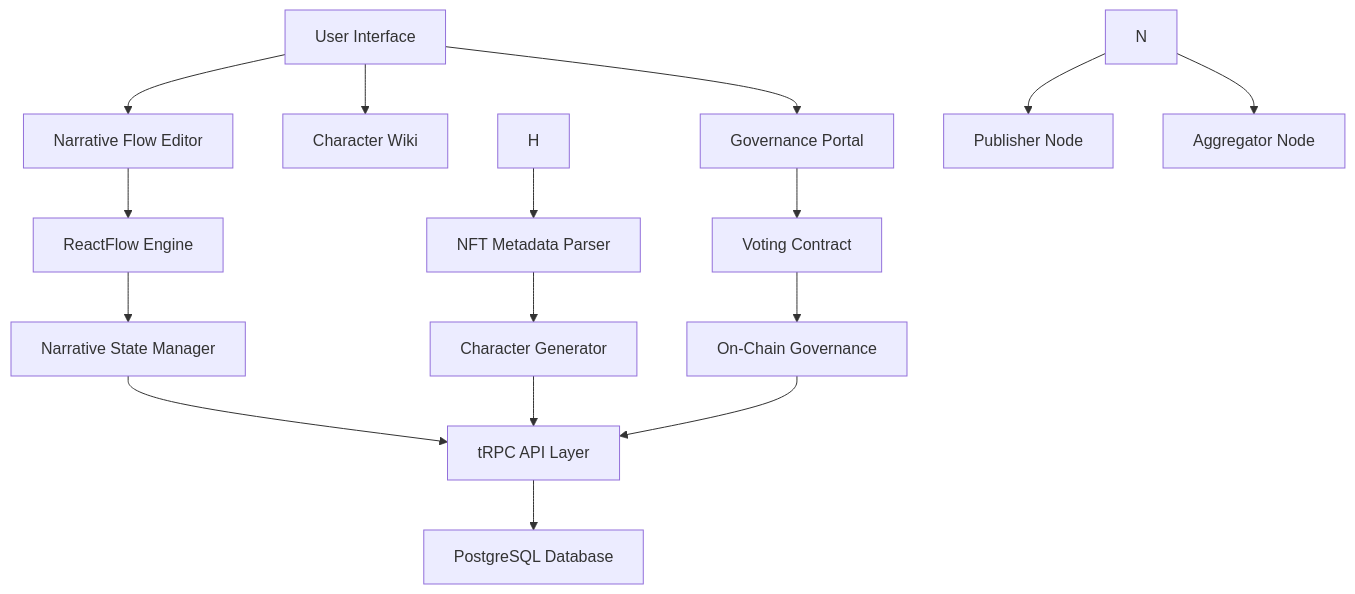
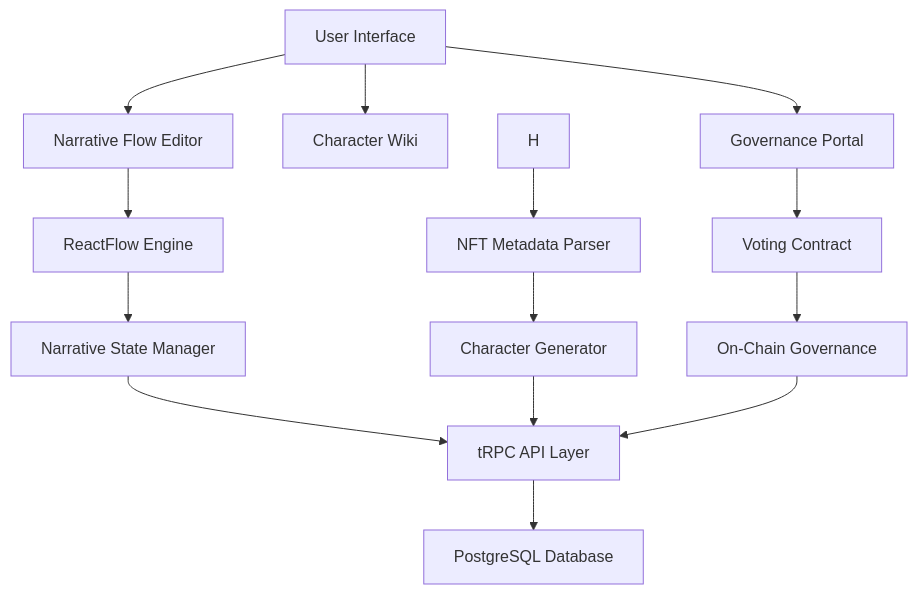
One commit to Principursa/loar-monorepo changed the diagram in README.md. Above: the diagram before and after it, drawn with Mermaid.

Commit message:
rmd some stuff

````diff
--- a/README.md
+++ b/README.md
@@ -191,23 +191,21 @@
 ```mermaid
 graph TD
     A[User Interface] --> B[Narrative Flow Editor]
     A --> C[Character Wiki]
     A --> D[Governance Portal]
     
     B --> E[ReactFlow Engine]
     E --> F[Narrative State Manager]
     F --> G[tRPC API Layer]
     
     H --> I[NFT Metadata Parser]
     I --> J[Character Generator]
     J --> G
     
     D --> K[Voting Contract]
     K --> L[On-Chain Governance]
     L --> G
     
     G --> M[PostgreSQL Database]
-    N --> O[Publisher Node]
-    N --> P[Aggregator Node]
     
 ```
````
